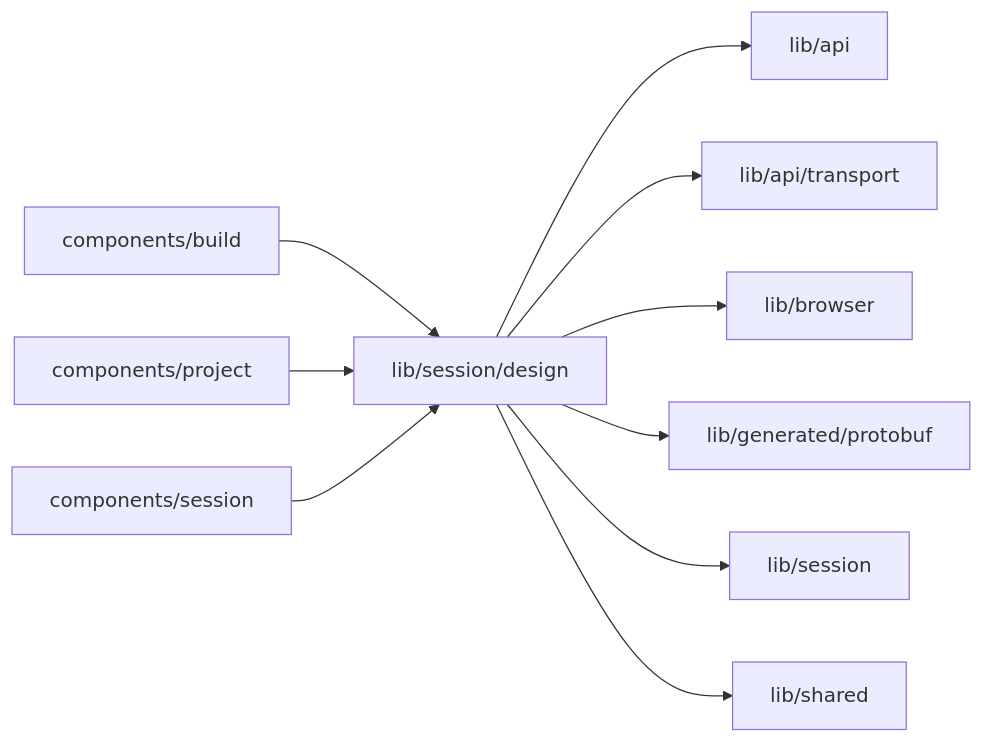
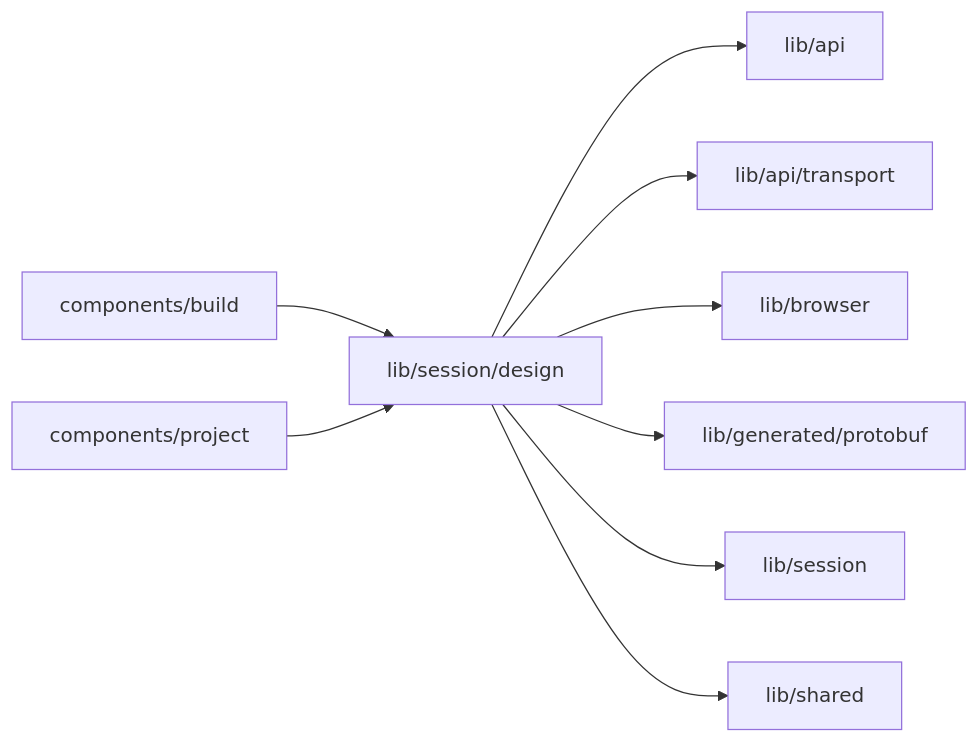
Before and after one commit to superdurable/superverse: the diagram in web/studio/lib/session/design/README.md, drawn with Mermaid. The commit also changed other lines of this file and 162 other files, not shown here.

````diff
--- a/web/studio/lib/session/design/README.md
+++ b/web/studio/lib/session/design/README.md
@@ -10,13 +10,12 @@
 ```mermaid
 flowchart LR
   self["lib/session/design"]
   c0["components/build"] --> self
   c1["components/project"] --> self
-  c2["components/session"] --> self
   self --> d0["lib/api"]
   self --> d1["lib/api/transport"]
   self --> d2["lib/browser"]
   self --> d3["lib/generated/protobuf"]
   self --> d4["lib/session"]
   self --> d5["lib/shared"]
 ```
````
